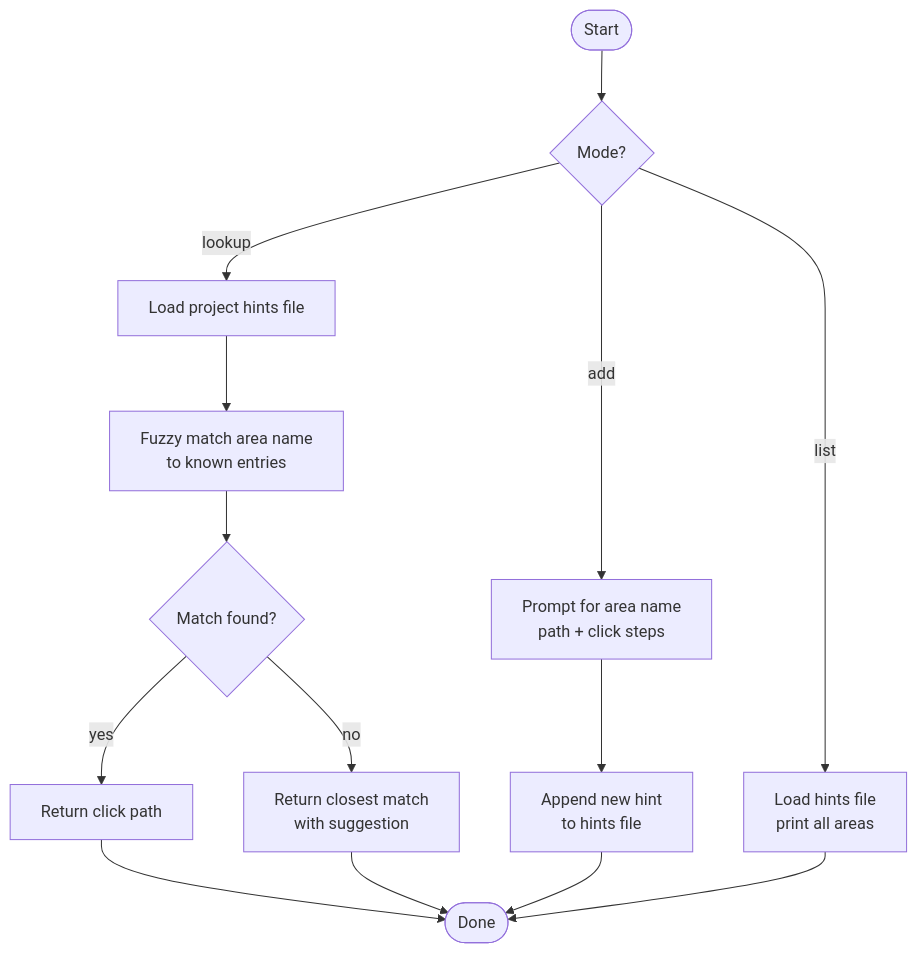
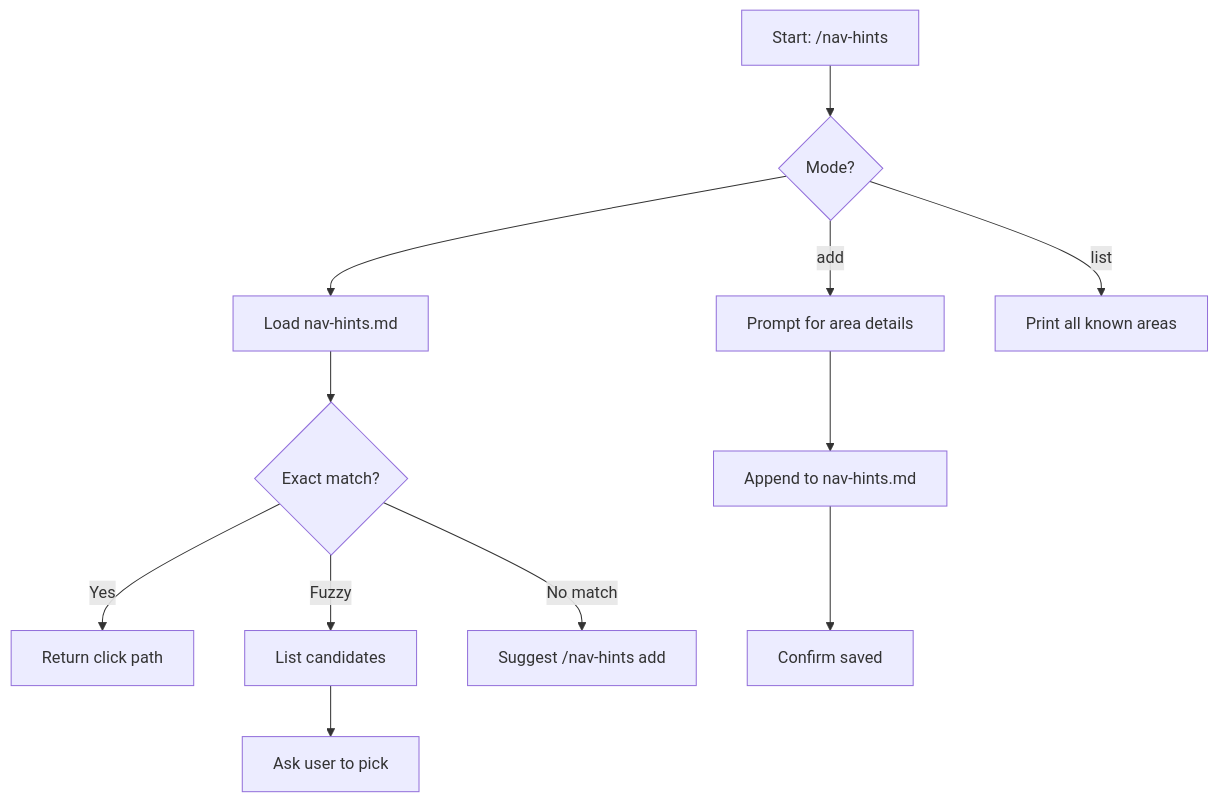
One commit to willard-pro/claude-plugins changed the diagram in ticket-auto-pipeline/docs/skills/nav-hints.md. Above: the diagram before and after it, drawn with Mermaid. The commit also changed other lines of this file and 39 other files, not shown here.

````diff
--- a/ticket-auto-pipeline/docs/skills/nav-hints.md
+++ b/ticket-auto-pipeline/docs/skills/nav-hints.md
@@ -34,16 +32,14 @@
 ```mermaid
 flowchart TD
-    A([Start]) --> B{Mode?}
-    B -- lookup --> C[Load project hints file]
-    B -- add --> D[Prompt for area name\npath + click steps]
-    B -- list --> E[Load hints file\nprint all areas]
-    C --> F[Fuzzy match area name\nto known entries]
-    F --> G{Match found?}
-    G -- yes --> H[Return click path]
-    G -- no --> I[Return closest match\nwith suggestion]
-    D --> J[Append new hint\nto hints file]
-    H --> K([Done])
-    I --> K
-    J --> K
-    E --> K
+    A[Start: /nav-hints] --> B{Mode?}
+    B -->|<area>| C[Load nav-hints.md]
+    B -->|add| D[Prompt for area details]
+    B -->|list| E[Print all known areas]
+    C --> F{Exact match?}
+    F -->|Yes| G[Return click path]
+    F -->|Fuzzy| H[List candidates]
+    F -->|No match| I[Suggest /nav-hints add]
+    H --> J[Ask user to pick]
+    D --> K[Append to nav-hints.md]
+    K --> L[Confirm saved]
 ```
````
